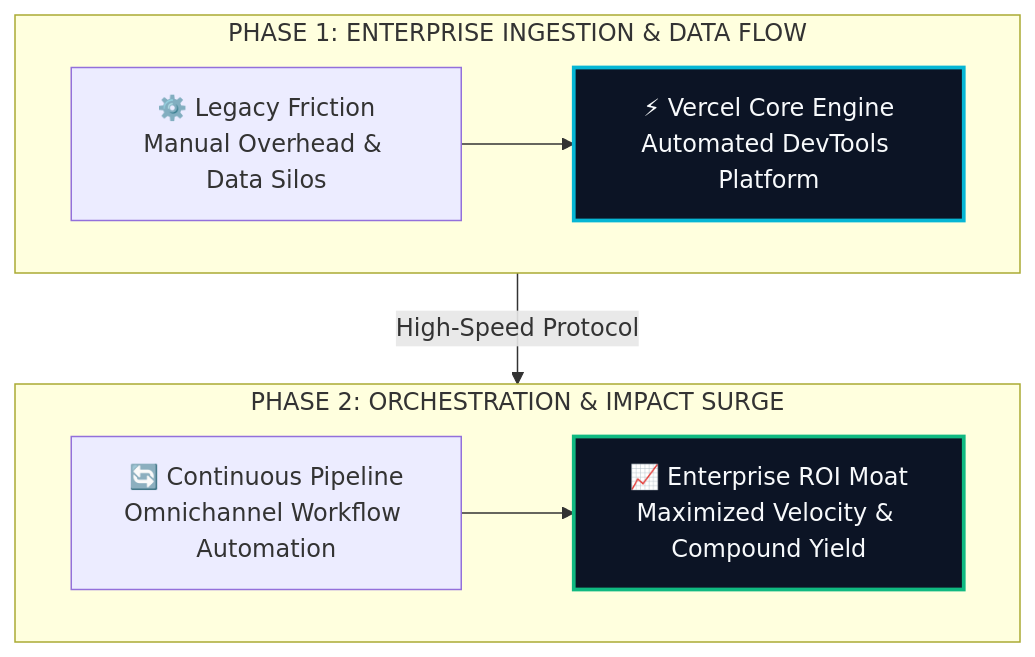
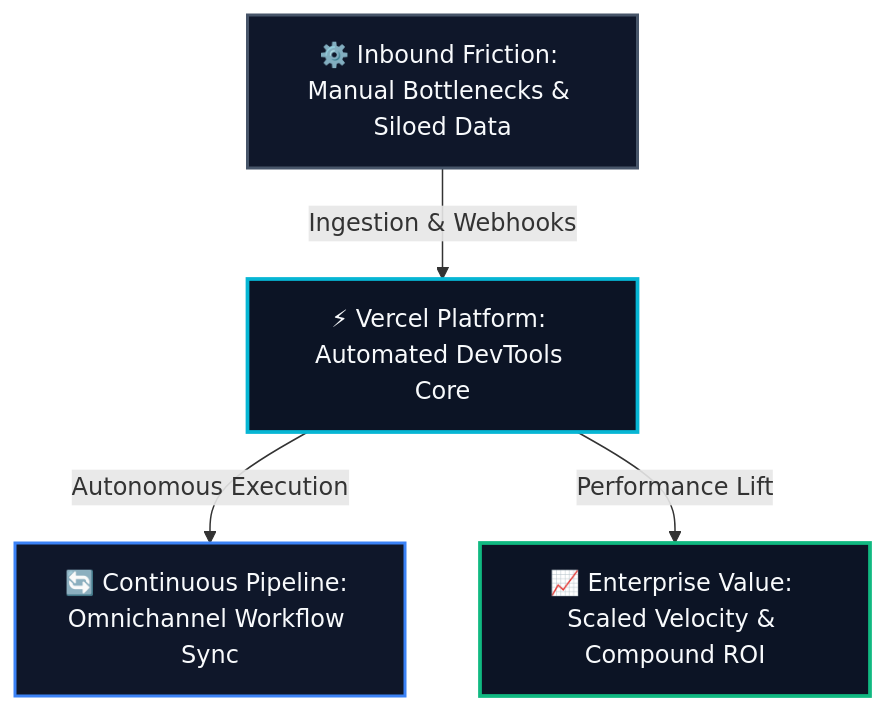
Before and after one commit to heliatech-media/saas-radar: the diagram in site/src/content/blog/vercel-evolution-guide-2026.md, drawn with Mermaid. The commit also changed 93 other files, not shown here.

First line of the commit message:
fix(diagrams): resolve dagre-d3 subgraph collision by migrating to balanced 3-tier Hub & Spoke architecture

````diff
--- a/site/src/content/blog/vercel-evolution-guide-2026.md
+++ b/site/src/content/blog/vercel-evolution-guide-2026.md
@@ -62,14 +62,14 @@
 ```mermaid
 flowchart TD
-    subgraph S1["PHASE 1: ENTERPRISE INGESTION & DATA FLOW"]
-        direction LR
-        A["⚙️ Legacy Friction<br/>Manual Overhead & Data Silos"] --> B["⚡ Vercel Core Engine<br/>Automated DevTools Platform"]
-    end
-    subgraph S2["PHASE 2: ORCHESTRATION & IMPACT SURGE"]
-        direction LR
-        C["🔄 Continuous Pipeline<br/>Omnichannel Workflow Automation"] --> D["📈 Enterprise ROI Moat<br/>Maximized Velocity & Compound Yield"]
-    end
-    S1 -->|High-Speed Protocol| S2
-    style B fill:#0c1425,stroke:#06b6d4,stroke-width:2.5px,color:#f8fafc
-    style D fill:#0c1425,stroke:#10b981,stroke-width:2.5px,color:#f8fafc
+    Inp["⚙️ Inbound Friction: Manual Bottlenecks & Siloed Data"]
+    Eng["⚡ Vercel Platform: Automated DevTools Core"]
+    Out1["🔄 Continuous Pipeline: Omnichannel Workflow Sync"]
+    Out2["📈 Enterprise Value: Scaled Velocity & Compound ROI"]
+    Inp -->|Ingestion & Webhooks| Eng
+    Eng -->|Autonomous Execution| Out1
+    Eng -->|Performance Lift| Out2
+    style Inp fill:#0f172a,stroke:#475569,stroke-width:2px,color:#f8fafc
+    style Eng fill:#0c1425,stroke:#06b6d4,stroke-width:2.5px,color:#f8fafc
+    style Out1 fill:#0f172a,stroke:#3b82f6,stroke-width:2px,color:#f8fafc
+    style Out2 fill:#0c1425,stroke:#10b981,stroke-width:2.5px,color:#f8fafc
 ```
````
